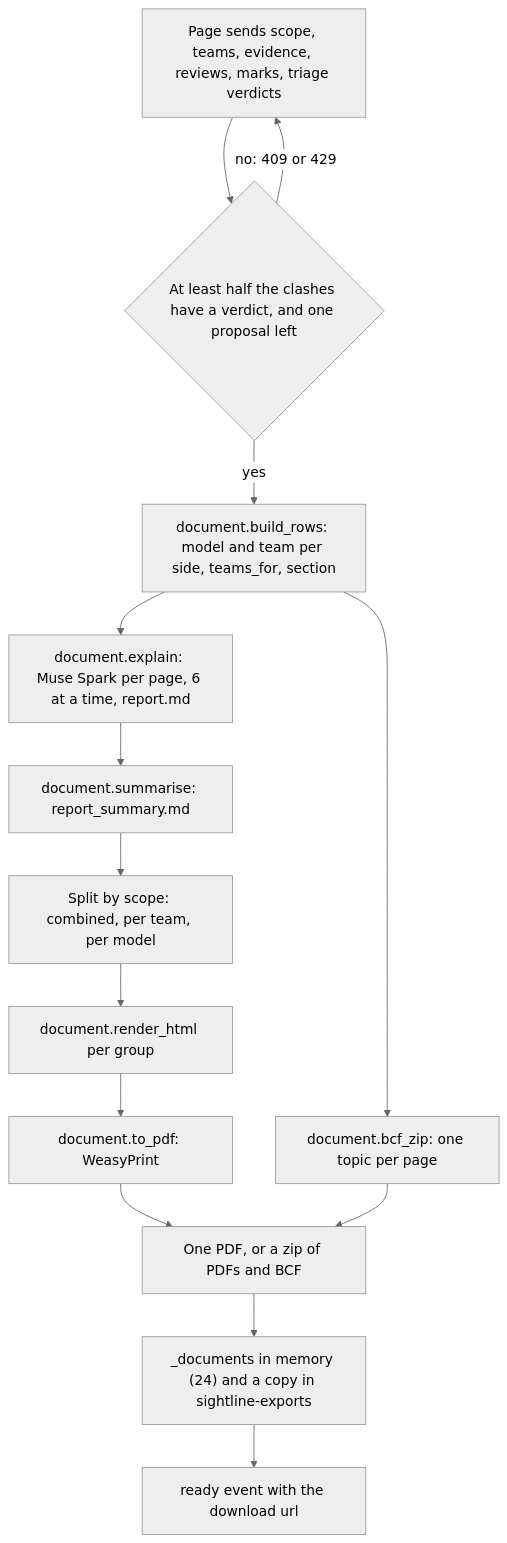
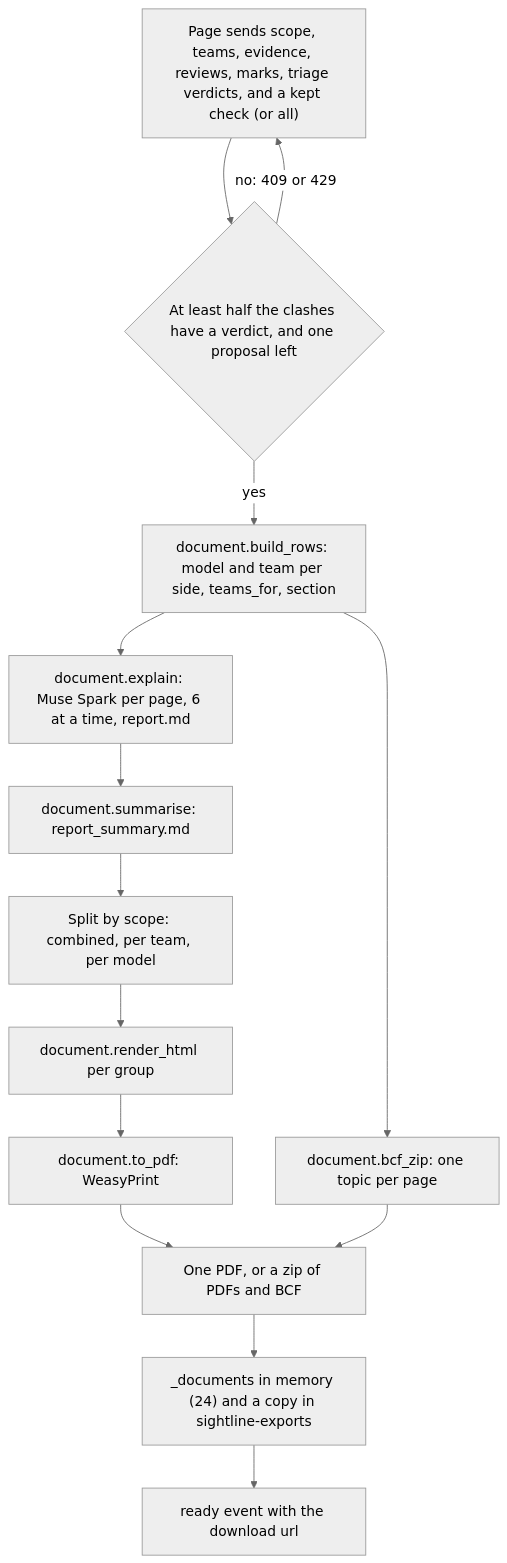
The fourth of 4 diagrams in docs/architecture/14-files-in-and-out.md (IssueLab-Inc/ORCA), drawn with Mermaid (neutral theme) before and after one commit. The commit also changed other lines of this file and 19 other files, not shown here.

Commit message:
Document kept checks: design, routes, state, triage carry and the build log

````diff
--- a/docs/architecture/14-files-in-and-out.md
+++ b/docs/architecture/14-files-in-and-out.md
@@ -296,28 +297,28 @@
 ```mermaid
 flowchart TB
-    page["Page sends scope, teams, evidence, reviews, marks, triage verdicts"]
+    page["Page sends scope, teams, evidence, reviews, marks, triage verdicts, and a kept check (or all)"]
     gate{"At least half the clashes have a verdict, and one proposal left"}
     rows["document.build_rows: model and team per side, teams_for, section"]
     explain["document.explain: Muse Spark per page, 6 at a time, report.md"]
     summary["document.summarise: report_summary.md"]
     groups["Split by scope: combined, per team, per model"]
     html["document.render_html per group"]
     pdf["document.to_pdf: WeasyPrint"]
     bcf["document.bcf_zip: one topic per page"]
     pack["One PDF, or a zip of PDFs and BCF"]
     keep["_documents in memory (24) and a copy in sightline-exports"]
     ready["ready event with the download url"]
     page --> gate
     gate -->|"no: 409 or 429"| page
     gate -->|"yes"| rows
     rows --> explain
     explain --> summary
     summary --> groups
     groups --> html
     html --> pdf
     pdf --> pack
     rows --> bcf
     bcf --> pack
     pack --> keep
     keep --> ready
 ```
````
